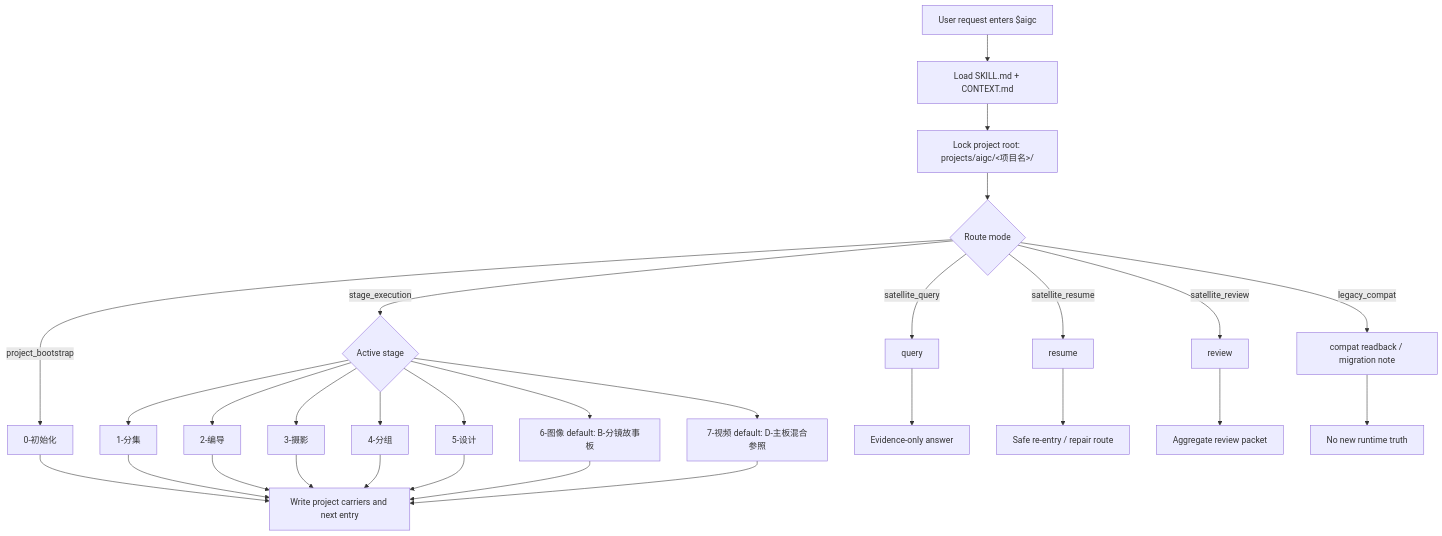
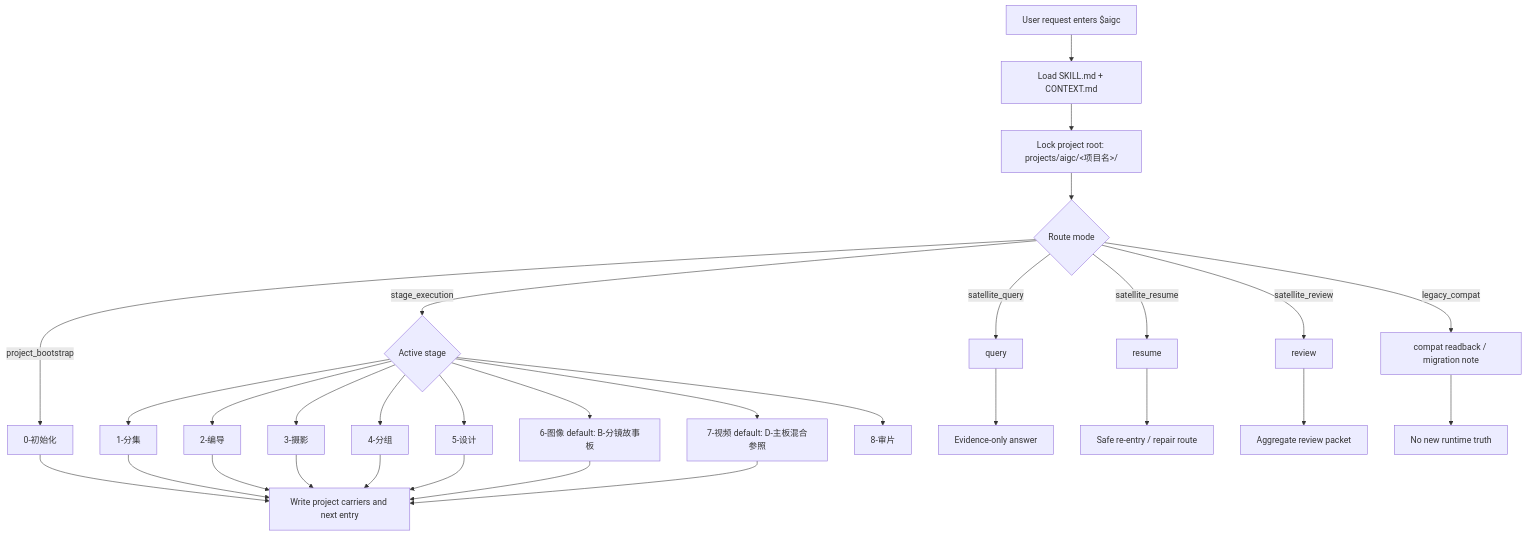
One commit to ZEN-VOID/AI-CUT changed the diagram in .agents/skills/aigc/SKILL.md. Above: the diagram before and after it, drawn with Mermaid. The commit also changed other lines of this file and 85 other files, not shown here.

````diff
--- a/.agents/skills/aigc/SKILL.md
+++ b/.agents/skills/aigc/SKILL.md
@@ -57,31 +57,32 @@
 ```mermaid
 flowchart TD
     A["User request enters $aigc"] --> B["Load SKILL.md + CONTEXT.md"]
     B --> C["Lock project root: projects/aigc/<项目名>/"]
     C --> D{"Route mode"}
     D -->|"project_bootstrap"| E["0-初始化"]
     D -->|"stage_execution"| F{"Active stage"}
     D -->|"satellite_query"| G["query"]
     D -->|"satellite_resume"| H["resume"]
     D -->|"satellite_review"| I["review"]
     D -->|"legacy_compat"| J["compat readback / migration note"]
     F --> F1["1-分集"]
     F --> F2["2-编导"]
     F --> F3["3-摄影"]
     F --> F4["4-分组"]
     F --> F5["5-设计"]
     F --> F6["6-图像 default: B-分镜故事板"]
     F --> F7["7-视频 default: D-主板混合参照"]
+    F --> F8["8-审片"]
     E --> K["Write project carriers and next entry"]
     F1 --> K
     F2 --> K
     F3 --> K
     F4 --> K
     F5 --> K
     F6 --> K
     F7 --> K
     G --> L["Evidence-only answer"]
     H --> M["Safe re-entry / repair route"]
     I --> N["Aggregate review packet"]
     J --> O["No new runtime truth"]
 ```
````
